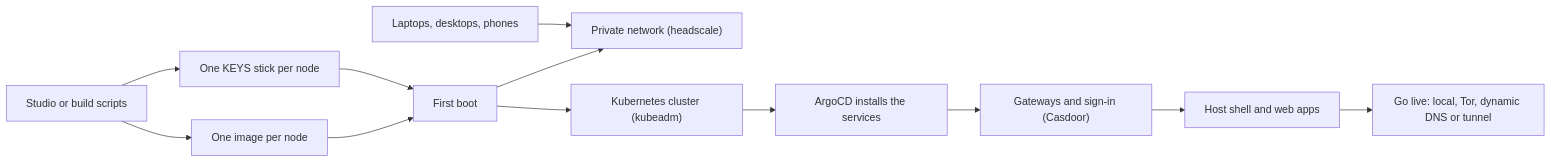
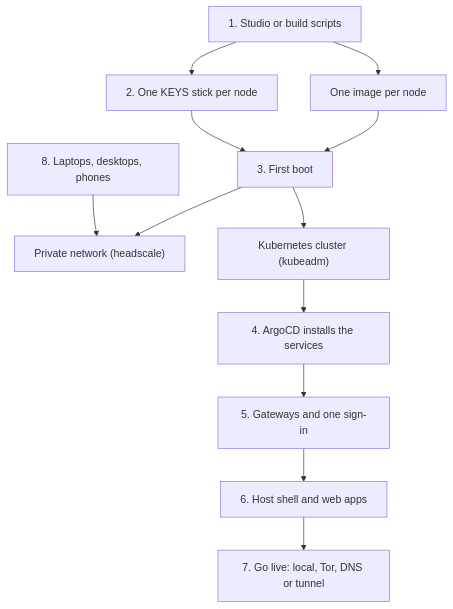
Before and after one commit to hugmesh/hugmesh.github.io: the diagram in content/overview/how-it-works.md, drawn with Mermaid.

Commit message:
How it works: draw the diagram top to bottom so its labels stay readable

````diff
--- a/content/overview/how-it-works.md
+++ b/content/overview/how-it-works.md
@@ -11,14 +11,14 @@
 ```mermaid
-flowchart LR
-  studio["Studio or build scripts"] --> images["One image per node"]
-  studio --> keys["One KEYS stick per node"]
-  images --> boot["First boot"]
+flowchart TD
+  studio["1. Studio or build scripts"] --> images["One image per node"]
+  studio --> keys["2. One KEYS stick per node"]
+  images --> boot["3. First boot"]
   keys --> boot
   boot --> net["Private network (headscale)"]
   boot --> k8s["Kubernetes cluster (kubeadm)"]
-  k8s --> argo["ArgoCD installs the services"]
-  argo --> gw["Gateways and sign-in (Casdoor)"]
-  gw --> web["Host shell and web apps"]
-  web --> live["Go live: local, Tor, dynamic DNS or tunnel"]
-  clients["Laptops, desktops, phones"] --> net
+  k8s --> argo["4. ArgoCD installs the services"]
+  argo --> gw["5. Gateways and one sign-in"]
+  gw --> web["6. Host shell and web apps"]
+  web --> live["7. Go live: local, Tor, DNS or tunnel"]
+  clients["8. Laptops, desktops, phones"] --> net
 ```
````
